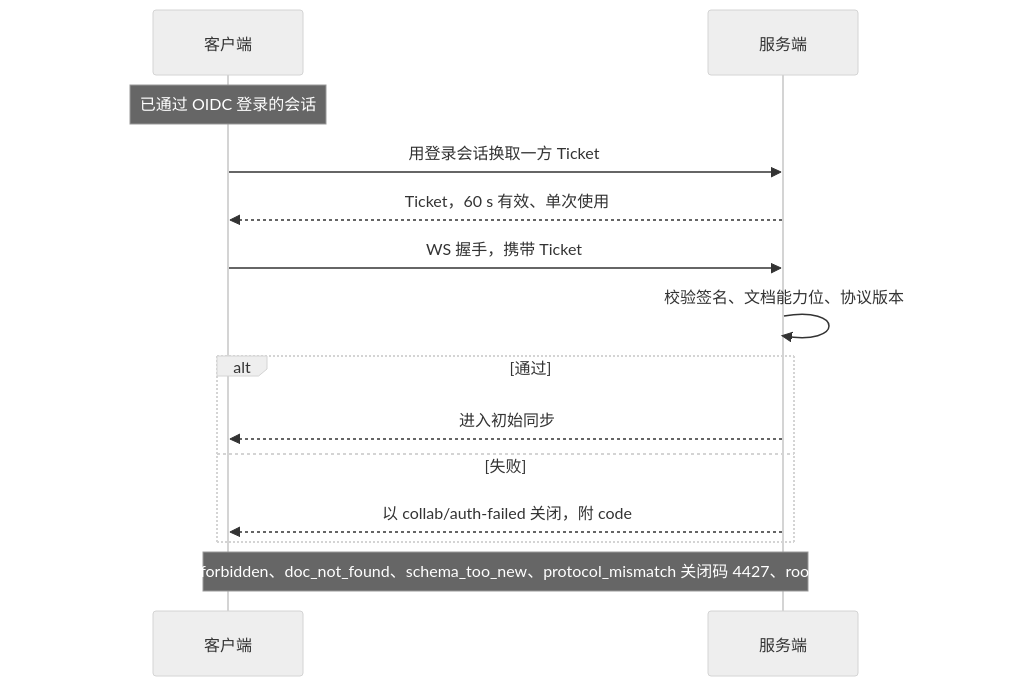
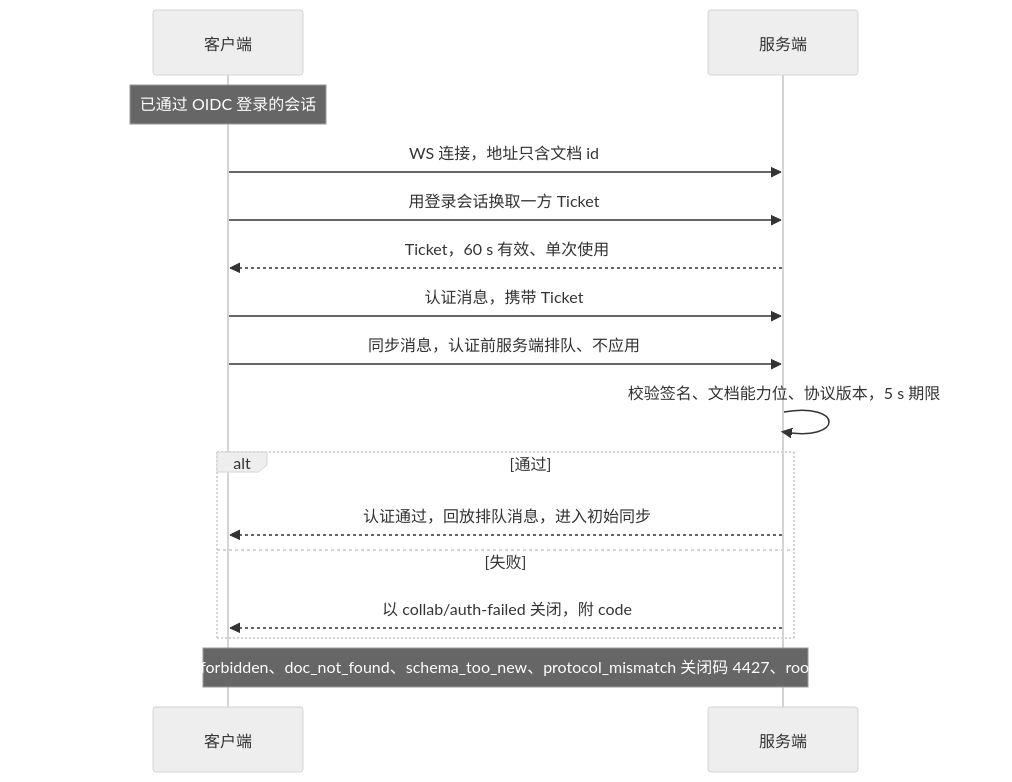
Before and after one commit to Xeonice/cordis-ppt-editor: the eighth of 10 diagrams in docs/10-prd/03-features/03-collaboration.md, drawn with Mermaid (neutral theme). The commit also changed other lines of this file and 78 other files, not shown here.

````diff
--- a/docs/10-prd/03-features/03-collaboration.md
+++ b/docs/10-prd/03-features/03-collaboration.md
@@ -376,16 +376,18 @@
 ```mermaid
 sequenceDiagram
   participant client as 客户端
   participant server as 服务端
   Note over client: 已通过 OIDC 登录的会话
+  client->>server: WS 连接，地址只含文档 id
   client->>server: 用登录会话换取一方 Ticket
   server-->>client: Ticket，60 s 有效、单次使用
-  client->>server: WS 握手，携带 Ticket
-  server->>server: 校验签名、文档能力位、协议版本
+  client->>server: 认证消息，携带 Ticket
+  client->>server: 同步消息，认证前服务端排队、不应用
+  server->>server: 校验签名、文档能力位、协议版本，5 s 期限
   alt 通过
-    server-->>client: 进入初始同步
+    server-->>client: 认证通过，回放排队消息，进入初始同步
   else 失败
     server-->>client: 以 collab/auth-failed 关闭，附 code
   end
   Note over client,server: code 为 unauthenticated、forbidden、doc_not_found、schema_too_new、protocol_mismatch 关闭码 4427、room_full 之一，均在 collab 域
 ```
````
